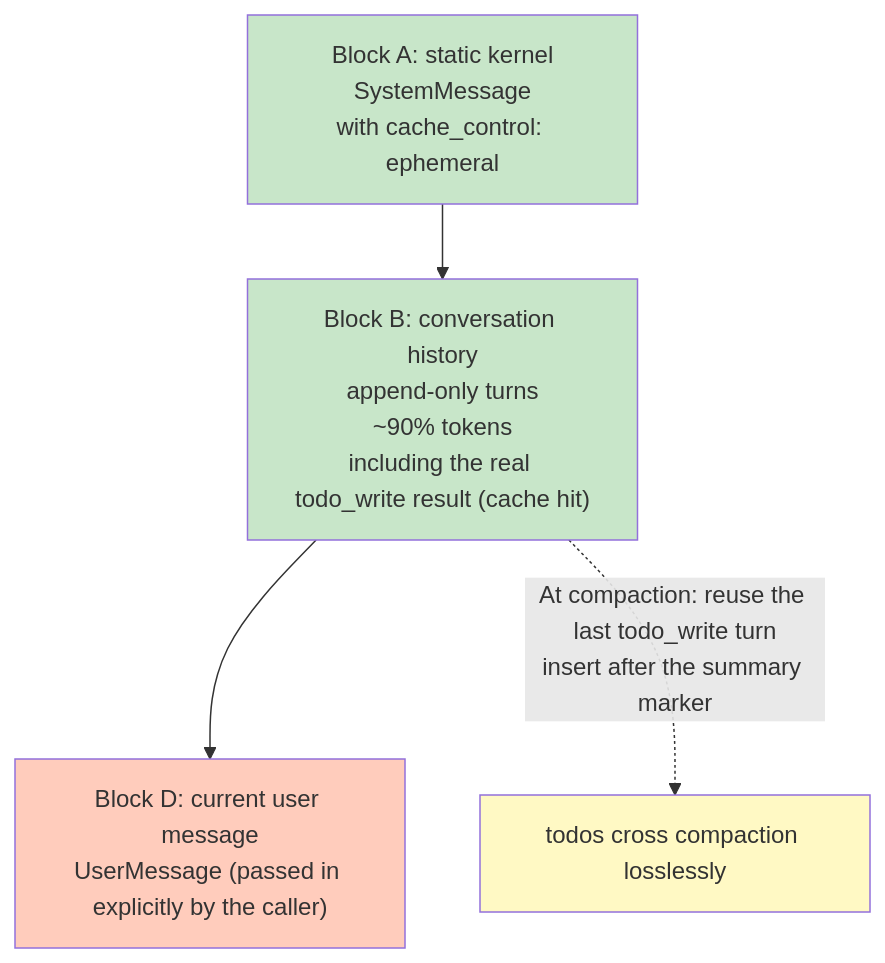
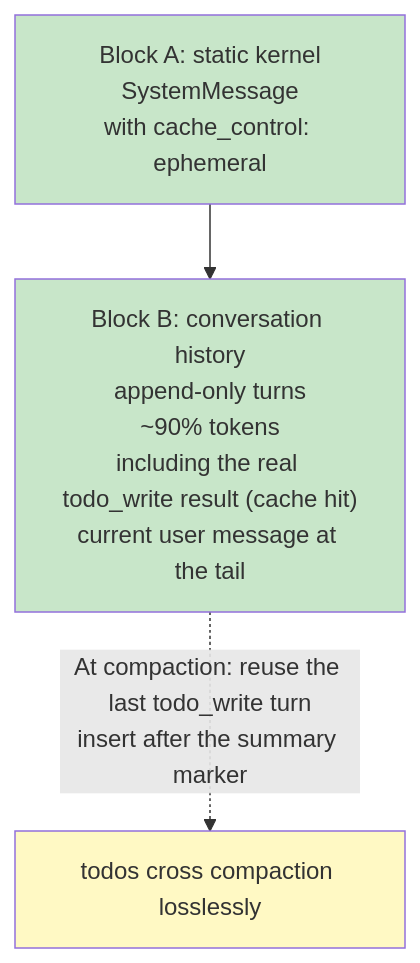
One commit to acowork/ACowork changed the first of 2 diagrams in docs/adr/en/ADR-060-prompt-cache-friendly-context-block-reorg.md. Above: the diagram before and after it, drawn with Mermaid. The commit also changed other lines of this file and 11 other files, not shown here.

````diff
--- a/docs/adr/en/ADR-060-prompt-cache-friendly-context-block-reorg.md
+++ b/docs/adr/en/ADR-060-prompt-cache-friendly-context-block-reorg.md
@@ -229,11 +229,9 @@
 ```mermaid
 graph TD
-    A["Block A: static kernel<br/>SystemMessage<br/>with cache_control: ephemeral"] --> B["Block B: conversation history<br/>append-only turns<br/>~90% tokens<br/>including the real todo_write result (cache hit)"]
-    B --> D["Block D: current user message<br/>UserMessage (passed in explicitly by the caller)"]
+    A["Block A: static kernel<br/>SystemMessage<br/>with cache_control: ephemeral"] --> B["Block B: conversation history<br/>append-only turns<br/>~90% tokens<br/>including the real todo_write result (cache hit)<br/>current user message at the tail"]
     B -. "At compaction: reuse the last todo_write turn<br/>insert after the summary marker" .-> T["todos cross compaction losslessly"]
 
     style A fill:#c8e6c9
     style B fill:#c8e6c9
-    style D fill:#ffccbc
     style T fill:#fff9c4
 ```
````
